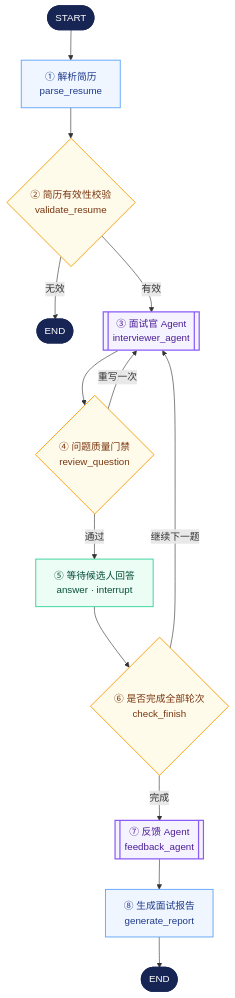
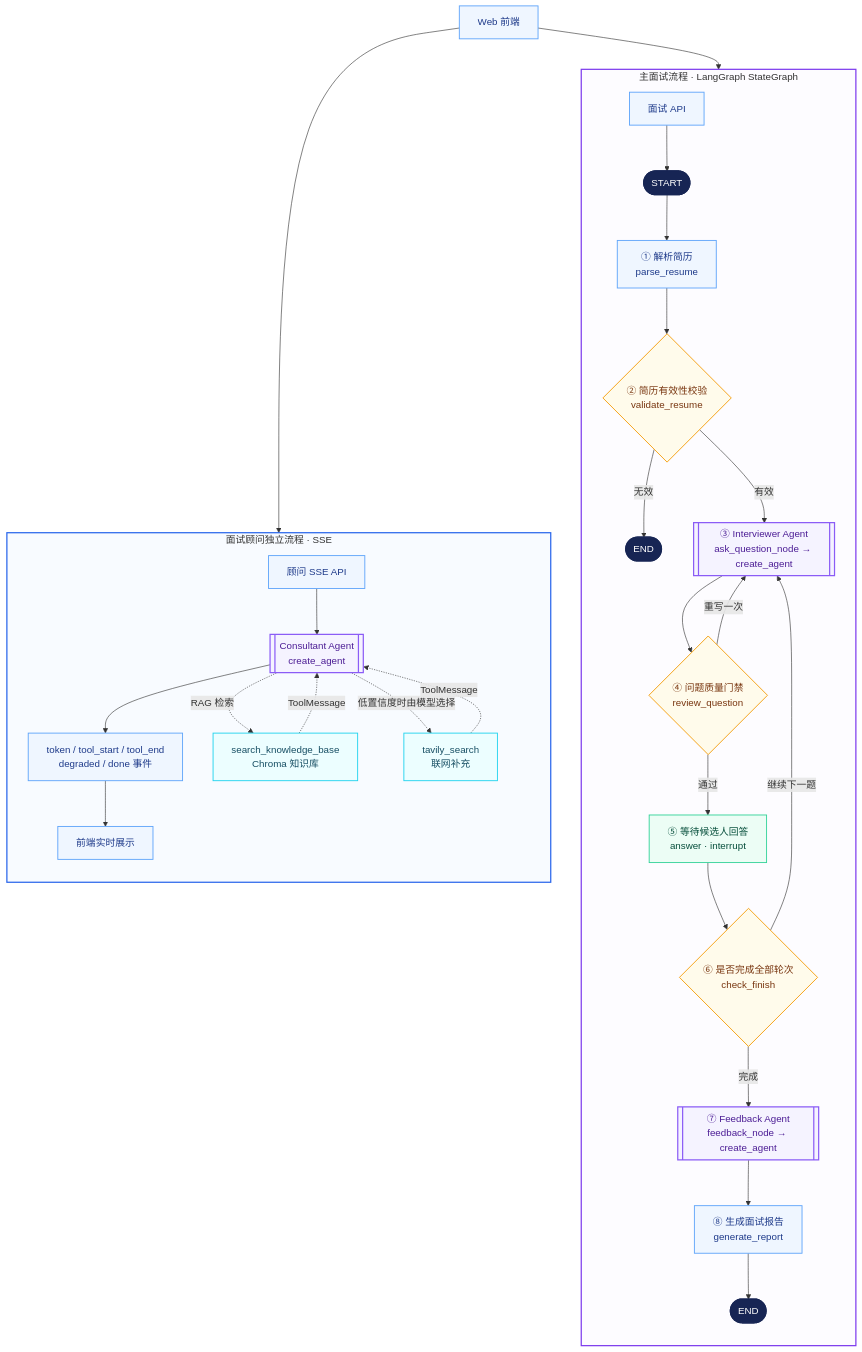
The first of 2 diagrams in README.md (Lucky-LMC/AI-Interview), drawn with Mermaid before and after one commit. The commit also changed other lines of this file and 3 other files, not shown here.

Commit message:
docs: separate system and agent architecture diagrams

````diff
--- a/README.md
+++ b/README.md
@@ -24,31 +24,50 @@
 ```mermaid
 flowchart TB
-    start([START]) --> parse["① 解析简历<br/>parse_resume"]
-    parse --> validate{"② 简历有效性校验<br/>validate_resume"}
+    web["Web 前端"] --> interview_api["面试 API"]
+    web --> consultant_api["顾问 SSE API"]
 
-    validate -- 无效 --> invalid_end([END])
-    validate -- 有效 --> interviewer[["③ 面试官 Agent<br/>interviewer_agent"]]
+    subgraph interview_flow["主面试流程 · LangGraph StateGraph"]
+        direction TB
+        interview_api --> start([START])
+        start --> parse["① 解析简历<br/>parse_resume"]
+        parse --> validate{"② 简历有效性校验<br/>validate_resume"}
+        validate -- 无效 --> invalid_end([END])
+        validate -- 有效 --> interviewer[["③ Interviewer Agent<br/>ask_question_node → create_agent"]]
+        interviewer --> review{"④ 问题质量门禁<br/>review_question"}
+        review -- 重写一次 --> interviewer
+        review -- 通过 --> answer["⑤ 等待候选人回答<br/>answer · interrupt"]
+        answer --> finish{"⑥ 是否完成全部轮次<br/>check_finish"}
+        finish -- 继续下一题 --> interviewer
+        finish -- 完成 --> feedback[["⑦ Feedback Agent<br/>feedback_node → create_agent"]]
+        feedback --> report["⑧ 生成面试报告<br/>generate_report"]
+        report --> done([END])
+    end
 
-    interviewer --> review{"④ 问题质量门禁<br/>review_question"}
-    review -- 重写一次 --> interviewer
-    review -- 通过 --> answer["⑤ 等待候选人回答<br/>answer · interrupt"]
-
-    answer --> finish{"⑥ 是否完成全部轮次<br/>check_finish"}
-    finish -- 继续下一题 --> interviewer
-    finish -- 完成 --> feedback[["⑦ 反馈 Agent<br/>feedback_agent"]]
-
-    feedback --> report["⑧ 生成面试报告<br/>generate_report"]
-    report --> done([END])
+    subgraph consultant_flow["面试顾问独立流程 · SSE"]
+        direction TB
+        consultant_api --> consultant[["Consultant Agent<br/>create_agent"]]
+        consultant --> events["token / tool_start / tool_end<br/>degraded / done 事件"]
+        events --> browser["前端实时展示"]
+        consultant -. RAG 检索 .-> knowledge["search_knowledge_base<br/>Chroma 知识库"]
+        consultant -. 低置信度时由模型选择 .-> web_search["tavily_search<br/>联网补充"]
+        knowledge -. ToolMessage .-> consultant
+        web_search -. ToolMessage .-> consultant
+    end
 
     classDef terminal fill:#172554,color:#ffffff,stroke:#172554,stroke-width:2px;
     classDef process fill:#eff6ff,color:#1e3a8a,stroke:#60a5fa,stroke-width:1.5px;
     classDef decision fill:#fffbeb,color:#78350f,stroke:#f59e0b,stroke-width:1.5px;
     classDef agent fill:#f5f3ff,color:#4c1d95,stroke:#8b5cf6,stroke-width:2px;
+    classDef tool fill:#ecfeff,color:#164e63,stroke:#22d3ee,stroke-width:1.5px;
     classDef human fill:#ecfdf5,color:#064e3b,stroke:#34d399,stroke-width:1.5px;
 
     class start,invalid_end,done terminal;
-    class parse,report process;
+    class web,interview_api,consultant_api,parse,report,events,browser process;
     class validate,review,finish decision;
-    class interviewer,feedback agent;
+    class interviewer,feedback,consultant agent;
+    class knowledge,web_search tool;
     class answer human;
+
+    style interview_flow fill:#fdfcff,stroke:#7c3aed,stroke-width:2px;
+    style consultant_flow fill:#f8fbff,stroke:#2563eb,stroke-width:2px;
 ```
````
